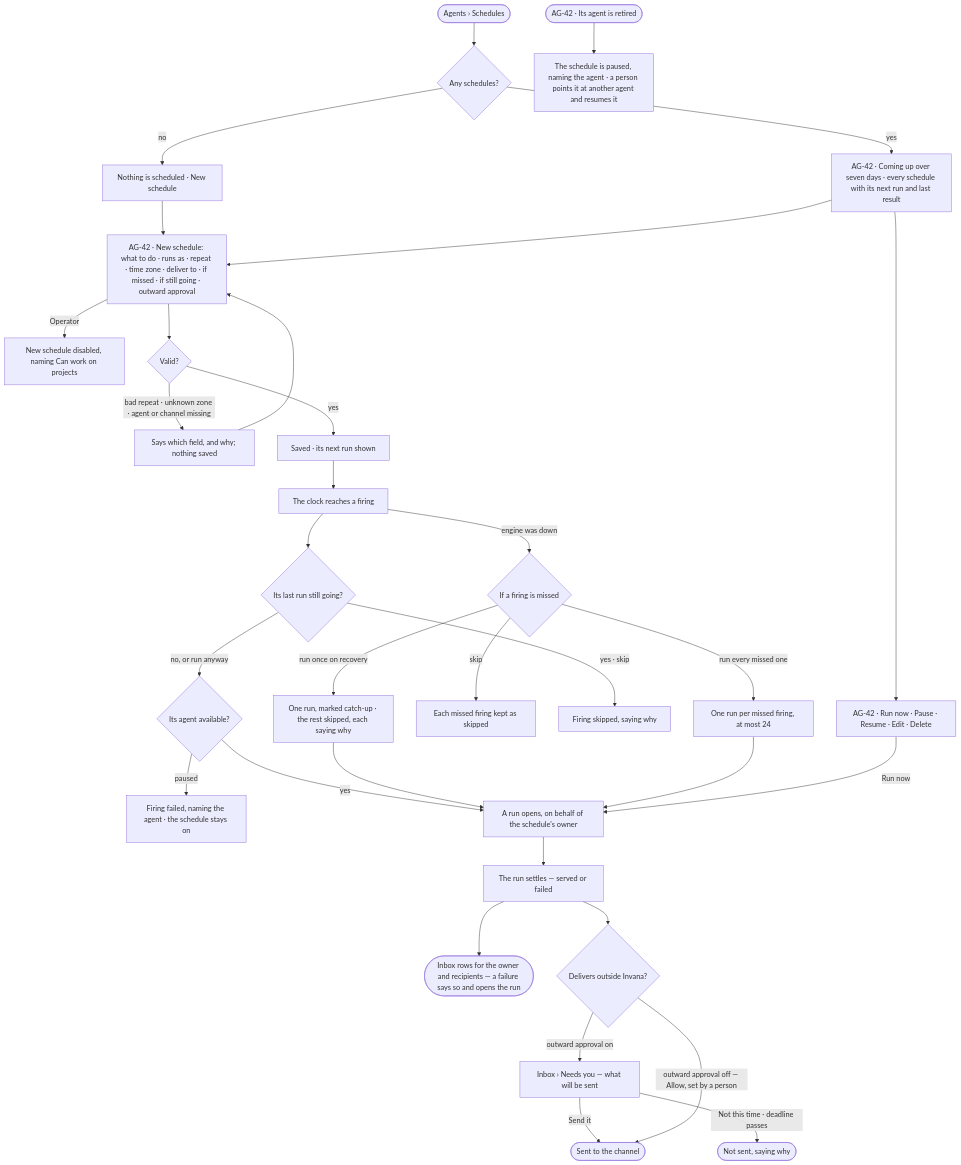
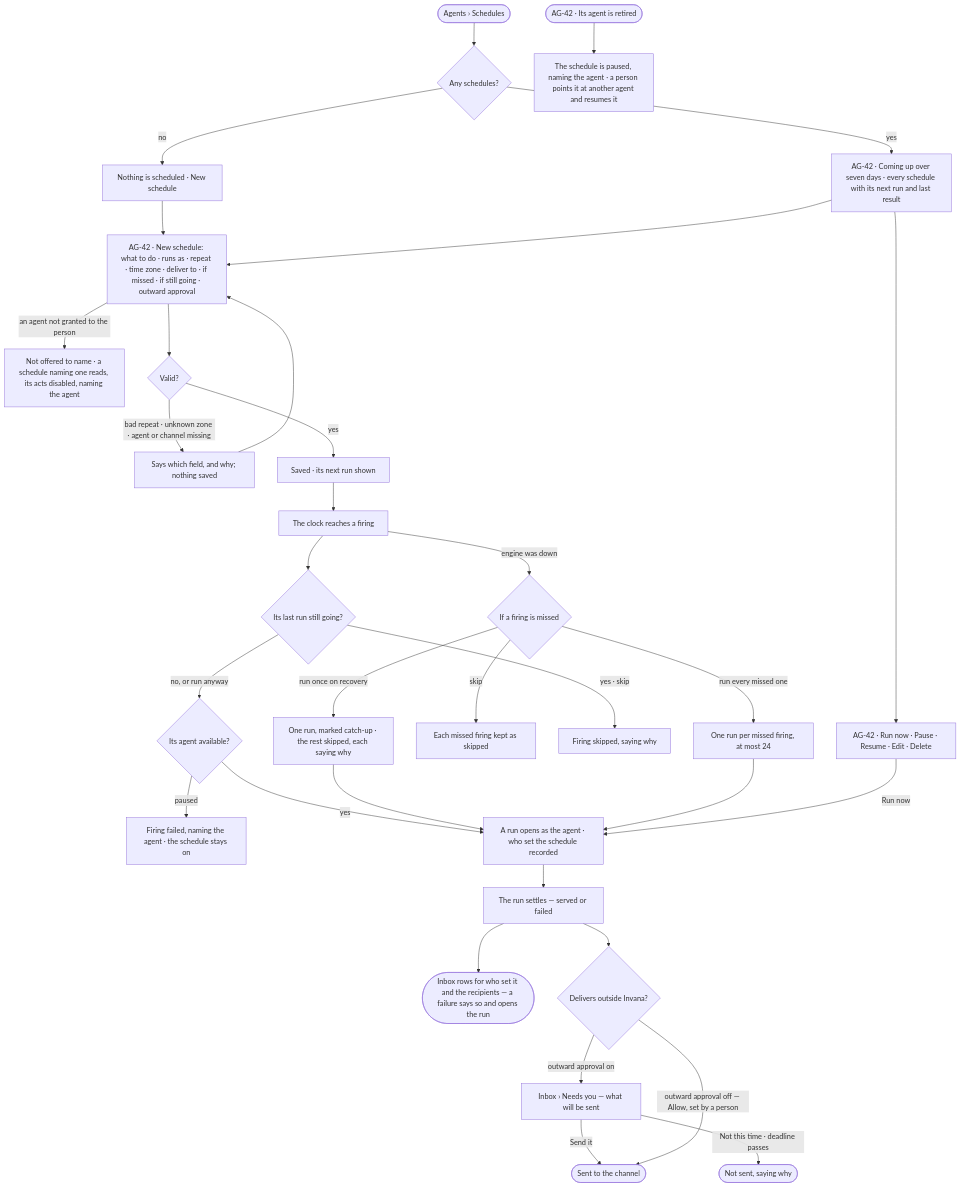
One commit to invana/invana changed the first of 2 diagrams in specs/capabilities/agents/features/AG-F07-schedules/feature.md. Above: the diagram before and after it, drawn with Mermaid. The commit also changed other lines of this file and 300 other files, not shown here.

````diff
--- a/specs/capabilities/agents/features/AG-F07-schedules/feature.md
+++ b/specs/capabilities/agents/features/AG-F07-schedules/feature.md
@@ -24,34 +24,34 @@
 ```mermaid
 flowchart TD
   s([Agents › Schedules]) --> any{"Any schedules?"}
   any -->|no| empty["Nothing is scheduled · New schedule"]
   any -->|yes| list["AG-42 · Coming up over seven days · every schedule with its next run and last result"]
   empty --> new
   list --> new["AG-42 · New schedule: what to do · runs as · repeat · time zone · deliver to · if missed · if still going · outward approval"]
-  new -->|Operator| na["New schedule disabled, naming Can work on projects"]
+  new -->|an agent not granted to the person| na["Not offered to name · a schedule naming one reads, its acts disabled, naming the agent"]
   new --> valid{"Valid?"}
   valid -->|bad repeat · unknown zone · agent or channel missing| ref["Says which field, and why; nothing saved"] --> new
   valid -->|yes| saved["Saved · its next run shown"]
   saved --> clock["The clock reaches a firing"]
   clock -->|engine was down| missed{"If a firing is missed"}
   missed -->|run once on recovery| cu["One run, marked catch-up · the rest skipped, each saying why"]
   missed -->|run every missed one| all["One run per missed firing, at most 24"]
   missed -->|skip| sk["Each missed firing kept as skipped"]
   clock --> going{"Its last run still going?"}
   going -->|yes · skip| skipped["Firing skipped, saying why"]
   going -->|no, or run anyway| agent{"Its agent available?"}
   agent -->|paused| failed["Firing failed, naming the agent · the schedule stays on"]
   retire([AG-42 · Its agent is retired]) --> paused["The schedule is paused, naming the agent · a person points it at another agent and resumes it"]
-  agent -->|yes| run["A run opens, on behalf of the schedule's owner"]
+  agent -->|yes| run["A run opens as the agent · who set the schedule recorded"]
   cu --> run
   all --> run
   run --> settled["The run settles — served or failed"]
-  settled --> inbox(["Inbox rows for the owner and recipients — a failure says so and opens the run"])
+  settled --> inbox(["Inbox rows for who set it and the recipients — a failure says so and opens the run"])
   settled --> out{"Delivers outside Invana?"}
   out -->|outward approval on| ask["Inbox › Needs you — what will be sent"]
   ask -->|Send it| sent(["Sent to the channel"])
   ask -->|Not this time · deadline passes| held(["Not sent, saying why"])
   out -->|outward approval off — Allow, set by a person| sent
   list --> acts["AG-42 · Run now · Pause · Resume · Edit · Delete"]
   acts -->|Run now| run
 ```
````
